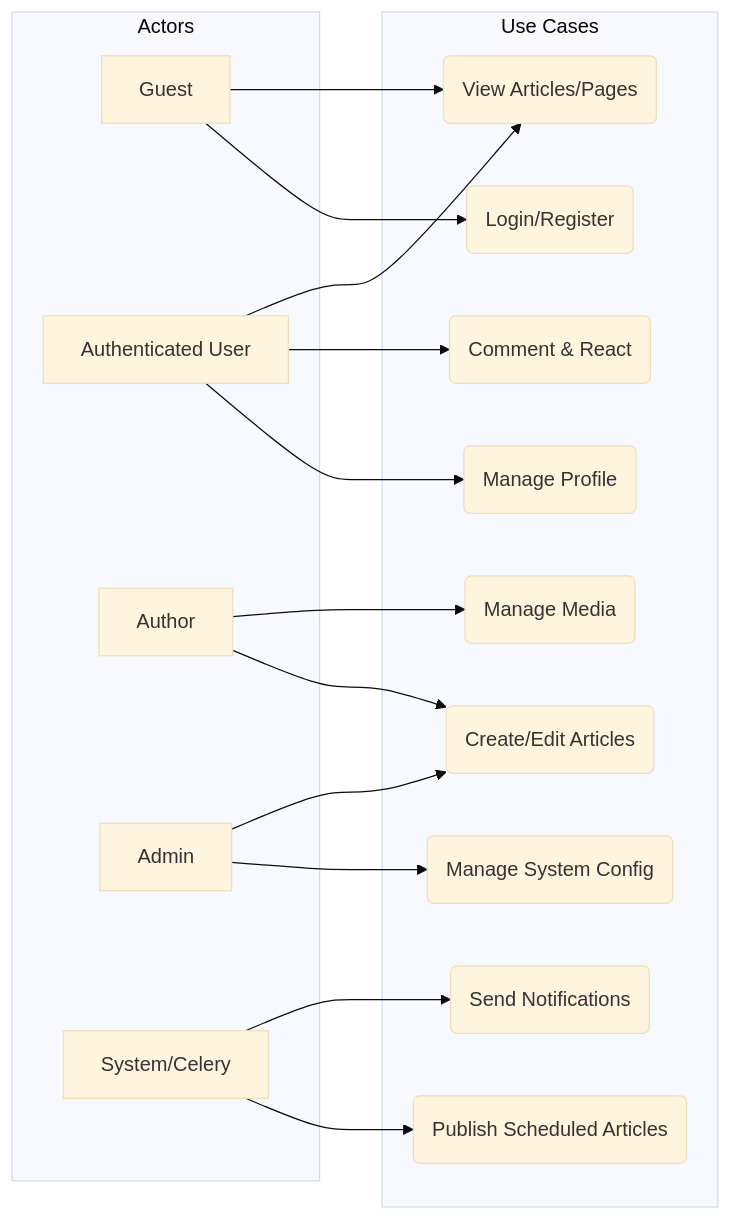
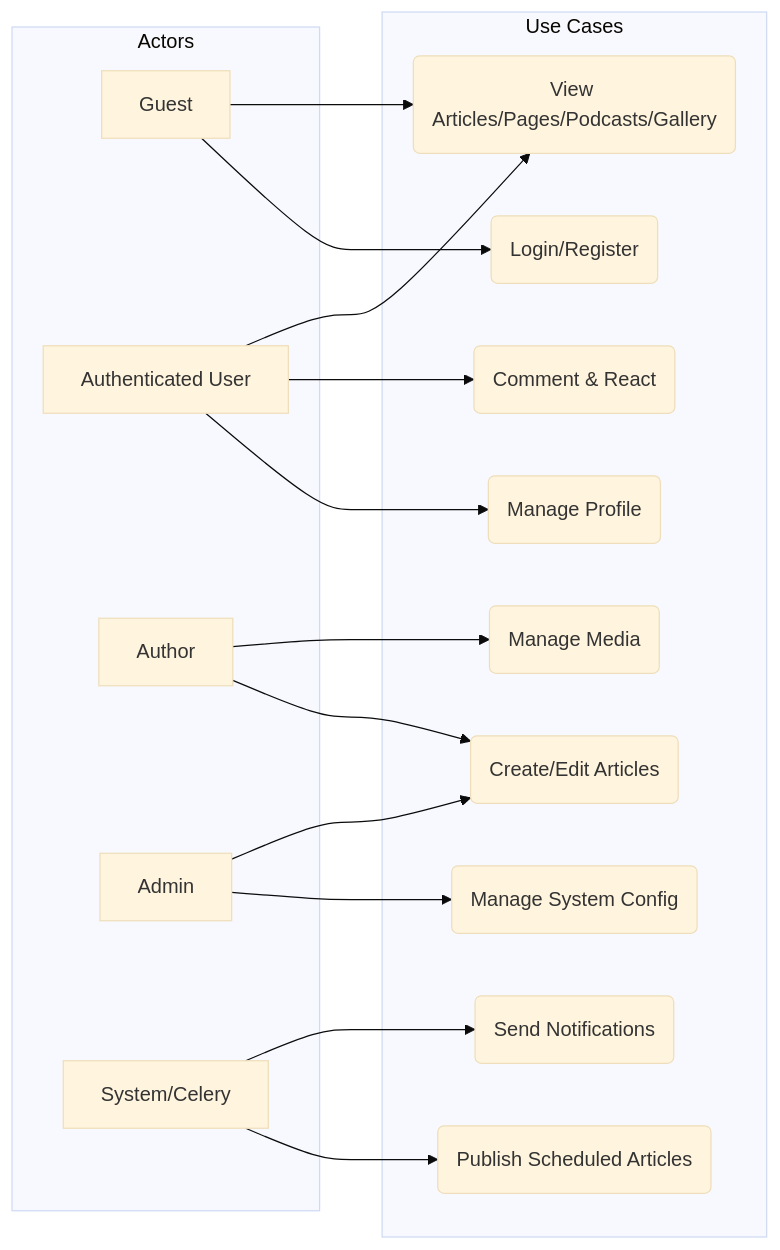
The second of 9 diagrams in docs/SYSTEM_DESIGN.md (amirhossein-moloki/Blog), drawn with Mermaid (base theme) before and after one commit. The commit also changed other lines of this file and 8 other files, not shown here.

First line of the commit message:
Update Comprehensive Architecture and System Documentation

````diff
--- a/docs/SYSTEM_DESIGN.md
+++ b/docs/SYSTEM_DESIGN.md
@@ -164,34 +207,34 @@
 ```mermaid
 flowchart LR
     subgraph Actors
         G[Guest]
         U[Authenticated User]
         A[Author]
         AD[Admin]
         S[System/Celery]
     end
 
     subgraph UseCases ["Use Cases"]
         UC1(Login/Register)
-        UC2(View Articles/Pages)
+        UC2(View Articles/Pages/Podcasts/Gallery)
         UC3(Manage Profile)
         UC4(Comment & React)
         UC5(Create/Edit Articles)
         UC6(Manage Media)
         UC7(Publish Scheduled Articles)
         UC8(Send Notifications)
         UC9(Manage System Config)
     end
 
     G --> UC1
     G --> UC2
     U --> UC3
     U --> UC4
     U --> UC2
     A --> UC5
     A --> UC6
     AD --> UC9
     AD --> UC5
     S --> UC7
     S --> UC8
 ```
````
